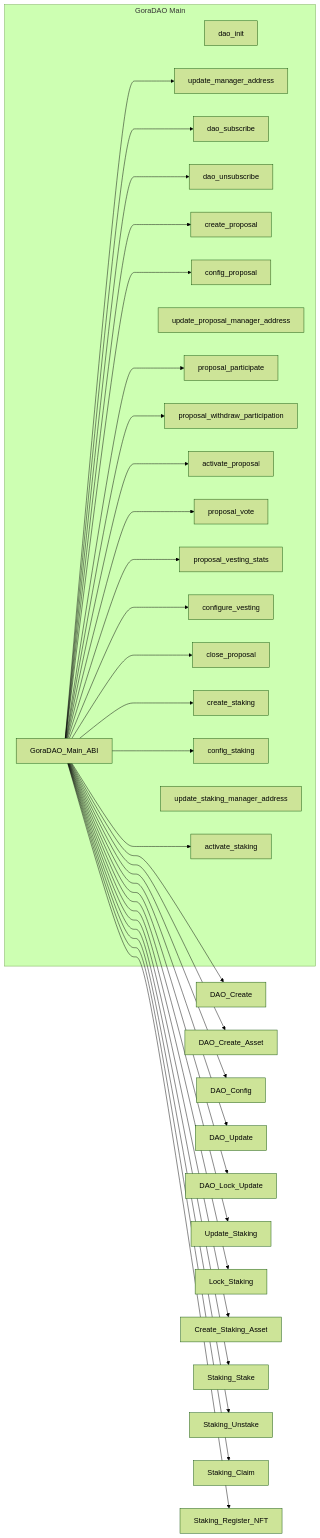
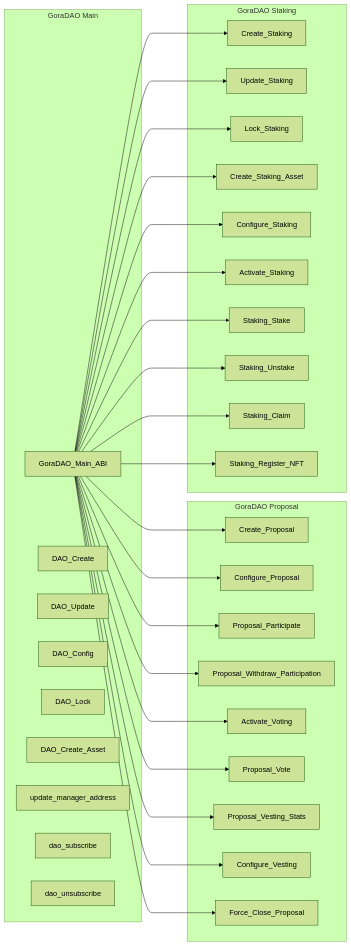
Before and after one commit to GoraNetwork/gora-dao-smartcontracts: the second of 7 diagrams in README.md, drawn with Mermaid (forest theme).

Commit message:
Update GoraDAO main diagram

````diff
--- a/README.md
+++ b/README.md
@@ -131,61 +131,67 @@
 ```mermaid
 
 graph LR
  
       subgraph GoraDAO Main
             GoraDAO_Main[GoraDAO_Main_ABI]
-            DAO_Init[dao_init]
+            DAO_Create[DAO_Create]
+            DAO_Update[DAO_Update]
+            DAO_Config[DAO_Config]
+            DAO_Lock[DAO_Lock]
+            DAO_Create_Asset[DAO_Create_Asset]
             Update_Manager_address[update_manager_address]
             DAO_Subscribe[dao_subscribe]
             DAO_Unsubscribe[dao_unsubscribe]
-            Create_Proposal[create_proposal]
-            Configure_Proposal[config_proposal]
-            Update_Proposal_Manager_address[update_proposal_manager_address]
-            Proposal_Participate[proposal_participate]
-            Proposal_Withdraw_Participation[proposal_withdraw_participation]
-            Activate_Voting[activate_proposal]
-            Proposal_Vote[proposal_vote]
-            Proposal_Vesting_Stats[proposal_vesting_stats]
-            Configure_Vesting[configure_vesting]
-            Force_Close_Proposal[close_proposal]
+            %% Create_Proposal[create_proposal]
+            %% Configure_Proposal[config_proposal]
+            %% Update_Proposal_Manager_address[update_proposal_manager_address]
+            %% Proposal_Participate[proposal_participate]
+            %% Proposal_Withdraw_Participation[proposal_withdraw_participation]
+            %% Activate_Voting[activate_proposal]
+            %% Proposal_Vote[proposal_vote]
+            %% Proposal_Vesting_Stats[proposal_vesting_stats]
+            %% Configure_Vesting[configure_vesting]
+            %% Force_Close_Proposal[close_proposal]
 
-            Create_Staking[create_staking]
-            Configure_Staking[config_staking]
-            Update_Staking_Manager_address[update_staking_manager_address]
-            Activate_Staking[activate_staking]
+            %% Create_Staking[create_staking]
+            %% Update_Staking[Update_Staking]
+            %% Configure_Staking[config_staking]
+            %% Update_Staking_Manager_address[update_staking_manager_address]
+            %% Activate_Staking[activate_staking]
 
        
         end
       
+subgraph GoraDAO Proposal
 
-      GoraDAO_Main[GoraDAO_Main_ABI] ---> DAO_Create
-      GoraDAO_Main[GoraDAO_Main_ABI] ---> DAO_Create_Asset
-      GoraDAO_Main[GoraDAO_Main_ABI] ---> DAO_Config
-      GoraDAO_Main[GoraDAO_Main_ABI] ---> DAO_Update
-      GoraDAO_Main[GoraDAO_Main_ABI] ---> Update_Manager_address
-      GoraDAO_Main[GoraDAO_Main_ABI] ---> DAO_Lock_Update
-      GoraDAO_Main[GoraDAO_Main_ABI] ---> DAO_Subscribe
-      GoraDAO_Main[GoraDAO_Main_ABI] ---> DAO_Unsubscribe
 
       GoraDAO_Main[GoraDAO_Main_ABI] ---> Create_Proposal
       GoraDAO_Main[GoraDAO_Main_ABI] ---> Configure_Proposal
       GoraDAO_Main[GoraDAO_Main_ABI] ---> Proposal_Participate
       GoraDAO_Main[GoraDAO_Main_ABI] ---> Proposal_Withdraw_Participation
       GoraDAO_Main[GoraDAO_Main_ABI] ---> Activate_Voting
       GoraDAO_Main[GoraDAO_Main_ABI] ---> Proposal_Vote
       GoraDAO_Main[GoraDAO_Main_ABI] ---> Proposal_Vesting_Stats
       GoraDAO_Main[GoraDAO_Main_ABI] ---> Configure_Vesting
       GoraDAO_Main[GoraDAO_Main_ABI] ---> Force_Close_Proposal
 
+  
+end
+
+subgraph GoraDAO Staking
+
+
+    
+
       GoraDAO_Main[GoraDAO_Main_ABI] ---> Create_Staking
       GoraDAO_Main[GoraDAO_Main_ABI] ---> Update_Staking
       GoraDAO_Main[GoraDAO_Main_ABI] ---> Lock_Staking
       GoraDAO_Main[GoraDAO_Main_ABI] ---> Create_Staking_Asset
       GoraDAO_Main[GoraDAO_Main_ABI] ---> Configure_Staking
       GoraDAO_Main[GoraDAO_Main_ABI] ---> Activate_Staking
       GoraDAO_Main[GoraDAO_Main_ABI] ---> Staking_Stake
       GoraDAO_Main[GoraDAO_Main_ABI] ---> Staking_Unstake
       GoraDAO_Main[GoraDAO_Main_ABI] ---> Staking_Claim
       GoraDAO_Main[GoraDAO_Main_ABI] ---> Staking_Register_NFT
-
+end
 ```
````
